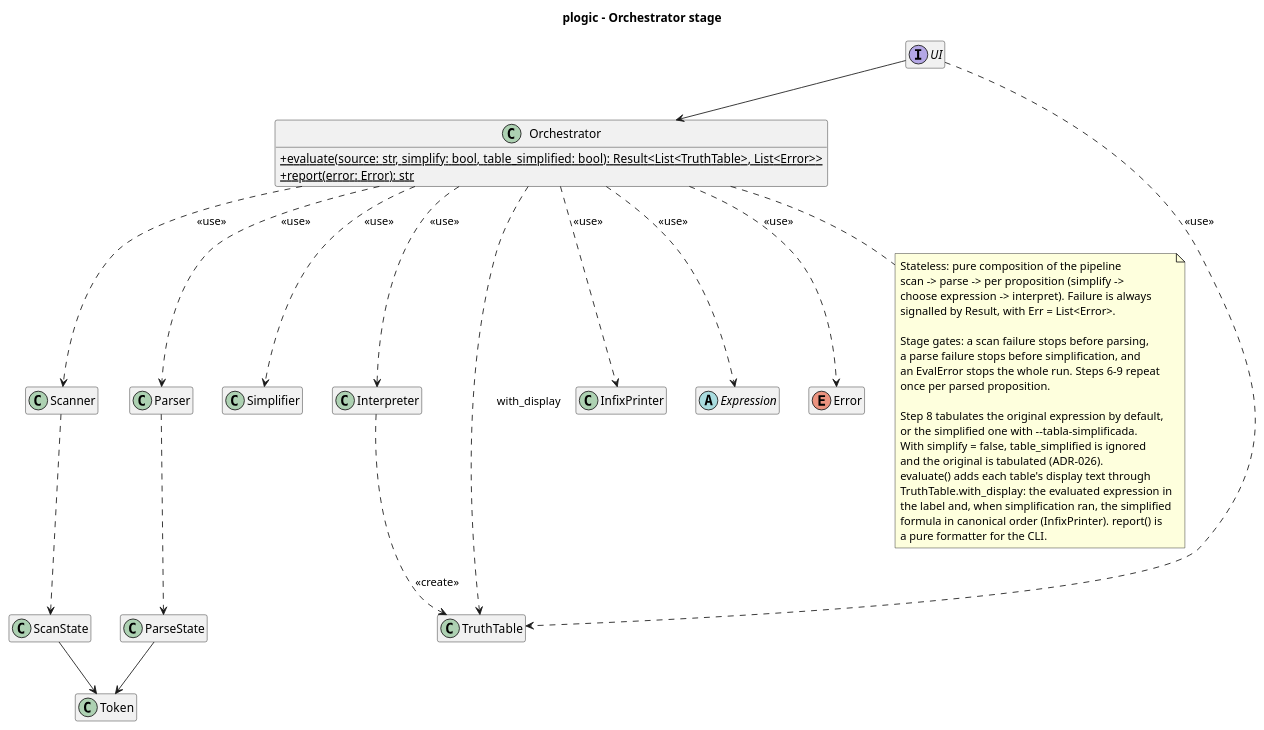
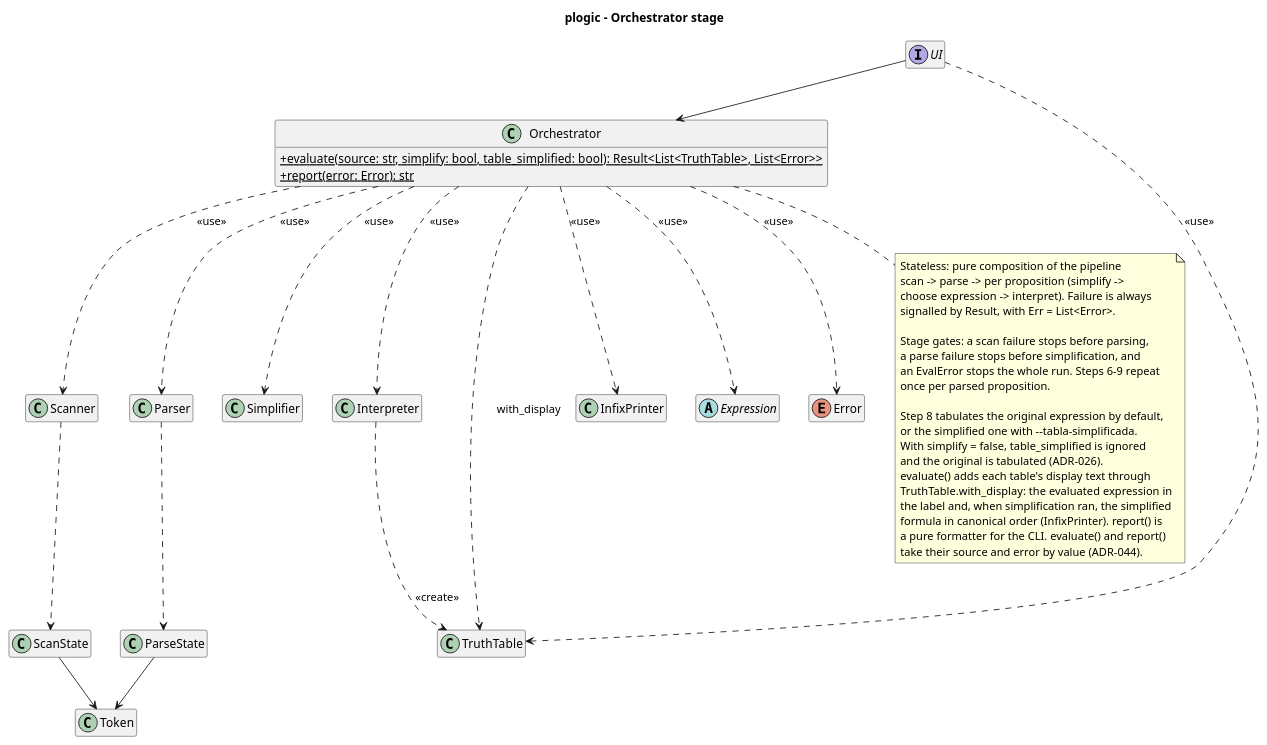
One commit to Josgtg/plogic changed the diagram in design/diagrams/orchestrator_class.puml. Above: the diagram before and after it, drawn with PlantUML. The commit also changed 3 other files, not shown here.

Commit message:
design: document the orchestrator's ownership and flow

```diff
--- a/design/diagrams/orchestrator_class.puml
+++ b/design/diagrams/orchestrator_class.puml
@@ -1,68 +1,69 @@
 @startuml orchestrator_class
 title plogic - Orchestrator stage
 
 skinparam classAttributeIconSize 0
 hide empty members
 
 interface UI {
 }
 
 class Orchestrator {
   +{static} evaluate(source: str, simplify: bool, table_simplified: bool): Result<List<TruthTable>, List<Error>>
   +{static} report(error: Error): str
 }
 
 class Token
 
 class Scanner
 class Parser
 class ScanState
 class ParseState
 class Simplifier
 class Interpreter
 class TruthTable
 class InfixPrinter
 abstract class Expression
 enum Error
 
 note bottom of Orchestrator
   Stateless: pure composition of the pipeline
   scan -> parse -> per proposition (simplify ->
   choose expression -> interpret). Failure is always
   signalled by Result, with Err = List<Error>.
 
   Stage gates: a scan failure stops before parsing,
   a parse failure stops before simplification, and
   an EvalError stops the whole run. Steps 6-9 repeat
   once per parsed proposition.
 
   Step 8 tabulates the original expression by default,
   or the simplified one with --tabla-simplificada.
   With simplify = false, table_simplified is ignored
   and the original is tabulated (ADR-026).
   evaluate() adds each table's display text through
   TruthTable.with_display: the evaluated expression in
   the label and, when simplification ran, the simplified
   formula in canonical order (InfixPrinter). report() is
-  a pure formatter for the CLI.
+  a pure formatter for the CLI. evaluate() and report()
+  take their source and error by value (ADR-044).
 end note
 
 UI --> Orchestrator
 
 Orchestrator ..> Scanner : <<use>>
 Orchestrator ..> Parser : <<use>>
 Orchestrator ..> Simplifier : <<use>>
 Orchestrator ..> Interpreter : <<use>>
 Orchestrator ..> TruthTable : with_display
 Orchestrator ..> InfixPrinter : <<use>>
 Orchestrator ..> Expression : <<use>>
 Orchestrator ..> Error : <<use>>
 
 Scanner ..> ScanState
 Parser ..> ParseState
 ScanState --> Token
 ParseState --> Token
 Interpreter ..> TruthTable : <<create>>
 UI ..> TruthTable : <<use>>
 
 @enduml
```
